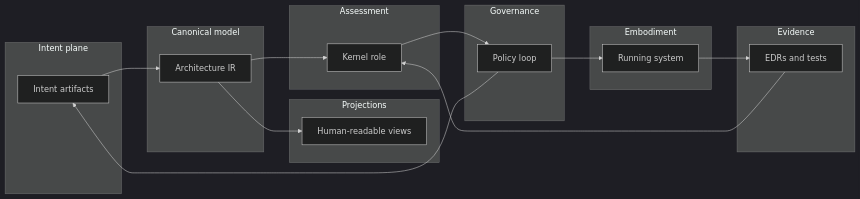
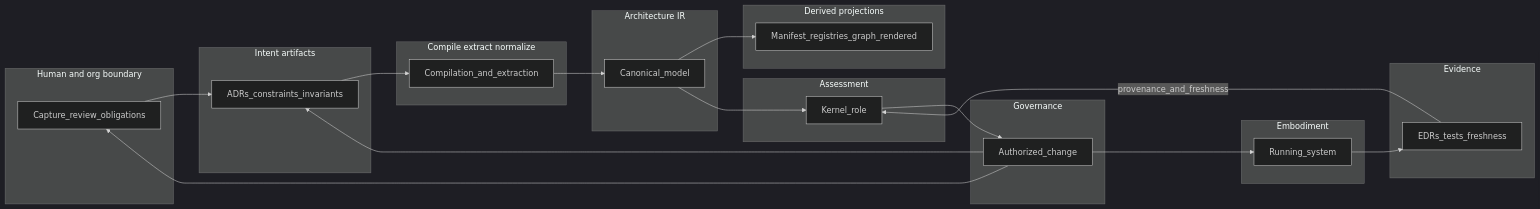
One commit to egallmann/ste-handbook changed the diagram in 02-overview/02-03-system-overview.md. Above: the diagram before and after it, drawn with Mermaid (dark theme). The commit also changed other lines of this file and 17 other files, not shown here.

First line of the commit message:
Handbook: diagram and example grounding pass

````diff
--- a/02-overview/02-03-system-overview.md
+++ b/02-overview/02-03-system-overview.md
@@ -82,32 +84,41 @@
 ```mermaid
 flowchart LR
-  subgraph intentPlane ["Intent plane"]
-    A["Intent artifacts"]
+  subgraph humanBoundary ["Human and org boundary"]
+    H[Capture_review_obligations]
   end
-  subgraph canonical ["Canonical model"]
-    B["Architecture IR"]
+  subgraph intentPlane ["Intent artifacts"]
+    A[ADRs_constraints_invariants]
   end
-  subgraph views ["Projections"]
-    C["Human-readable views"]
+  subgraph pipeline ["Compile extract normalize"]
+    X[Compilation_and_extraction]
+  end
+  subgraph canonical ["Architecture IR"]
+    B[Canonical_model]
+  end
+  subgraph views ["Derived projections"]
+    C[Manifest_registries_graph_rendered]
   end
   subgraph built ["Embodiment"]
-    D["Running system"]
+    D[Running_system]
   end
   subgraph proof ["Evidence"]
-    E["EDRs and tests"]
+    E[EDRs_tests_freshness]
   end
   subgraph assess ["Assessment"]
-    F["Kernel role"]
+    F[Kernel_role]
   end
   subgraph gov ["Governance"]
-    G["Policy loop"]
+    G[Authorized_change]
   end
-  A --> B
+  H --> A
+  A --> X
+  X --> B
   B --> C
   B --> F
   D --> E
-  E --> F
+  E -->|"provenance_and_freshness"| F
   F --> G
+  G --> H
   G --> A
   G --> D
 ```
````
